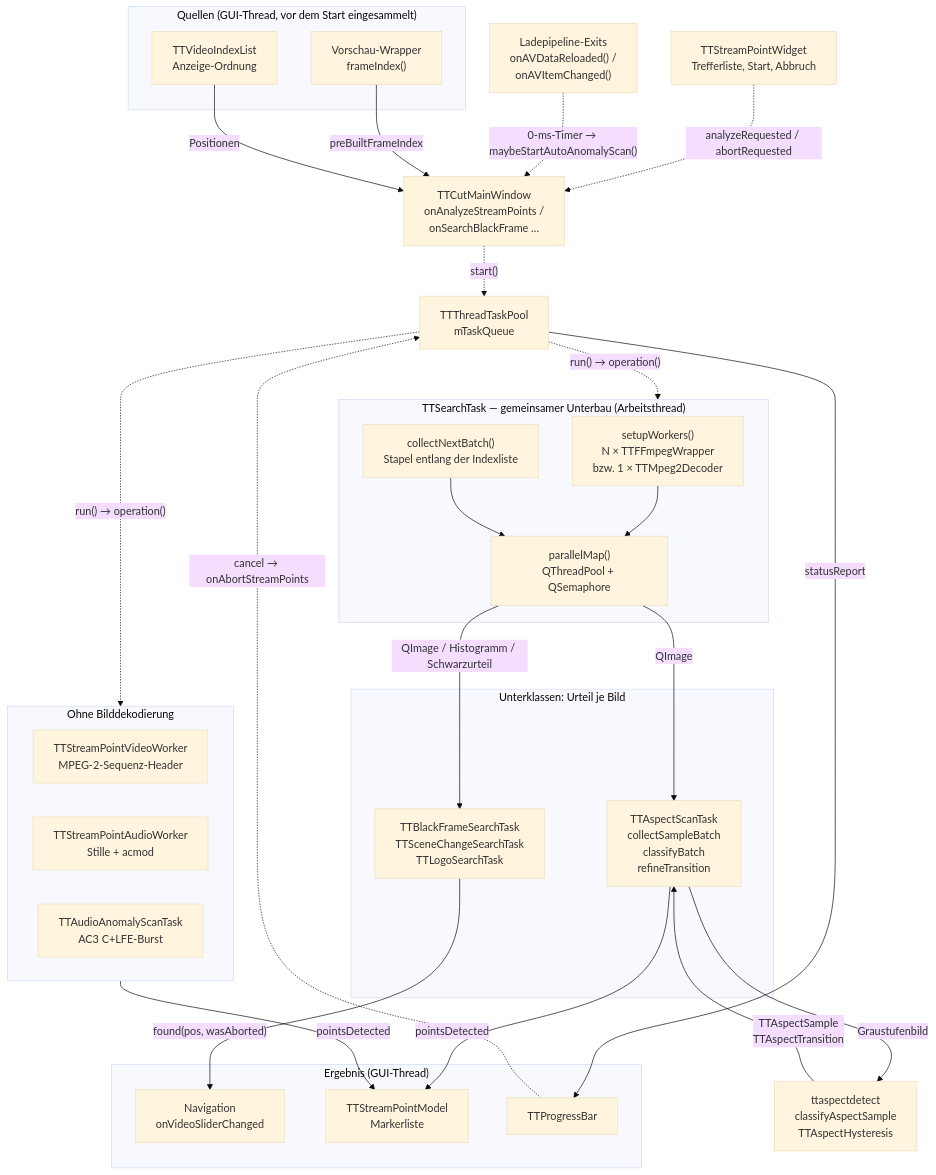
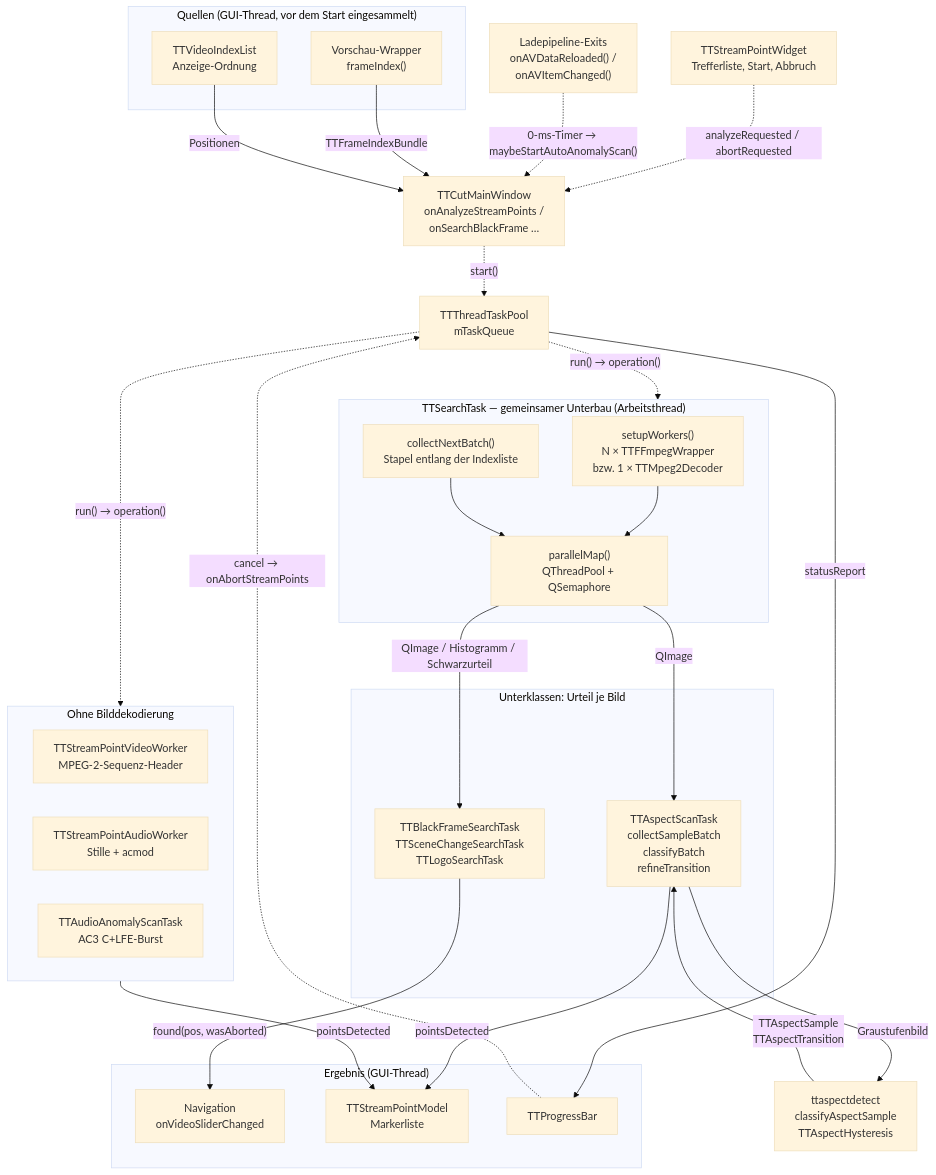
The diagram in docs/code-map/detection-and-search.md (MINIXJR/TTCut-ng), drawn with Mermaid (base theme) before and after one commit. The commit also changed other lines of this file and 5 other files, not shown here.

````diff
--- a/docs/code-map/detection-and-search.md
+++ b/docs/code-map/detection-and-search.md
@@ -99,58 +100,58 @@
 ```mermaid
 flowchart TB
     subgraph SRC["Quellen (GUI-Thread, vor dem Start eingesammelt)"]
         PREV["Vorschau-Wrapper<br/>frameIndex()"]
         IDX["TTVideoIndexList<br/>Anzeige-Ordnung"]
     end
 
     LOADEXIT["Ladepipeline-Exits<br/>onAVDataReloaded() /<br/>onAVItemChanged()"]
     MW["TTCutMainWindow<br/>onAnalyzeStreamPoints /<br/>onSearchBlackFrame …"]
     WIDGET["TTStreamPointWidget<br/>Trefferliste, Start, Abbruch"]
     POOLQ["TTThreadTaskPool<br/>mTaskQueue"]
 
     subgraph BASE["TTSearchTask — gemeinsamer Unterbau (Arbeitsthread)"]
         SETUP["setupWorkers()<br/>N × TTFFmpegWrapper<br/>bzw. 1 × TTMpeg2Decoder"]
         BATCH["collectNextBatch()<br/>Stapel entlang der Indexliste"]
         PMAP["parallelMap()<br/>QThreadPool + QSemaphore"]
     end
 
     subgraph TASKS["Unterklassen: Urteil je Bild"]
         DIRT["TTBlackFrameSearchTask<br/>TTSceneChangeSearchTask<br/>TTLogoSearchTask"]
         ASPECT["TTAspectScanTask<br/>collectSampleBatch<br/>classifyBatch<br/>refineTransition"]
     end
 
     PURE["ttaspectdetect<br/>classifyAspectSample<br/>TTAspectHysteresis"]
 
     subgraph NODEC["Ohne Bilddekodierung"]
         VWORK["TTStreamPointVideoWorker<br/>MPEG-2-Sequenz-Header"]
         AWORK["TTStreamPointAudioWorker<br/>Stille + acmod"]
         ANOMALY["TTAudioAnomalyScanTask<br/>AC3 C+LFE-Burst"]
     end
 
     subgraph OUT["Ergebnis (GUI-Thread)"]
         NAV["Navigation<br/>onVideoSliderChanged"]
         MODEL["TTStreamPointModel<br/>Markerliste"]
         BAR["TTProgressBar"]
     end
 
     WIDGET -. "analyzeRequested / abortRequested" .-> MW
     LOADEXIT -. "0-ms-Timer → maybeStartAutoAnomalyScan()" .-> MW
-    PREV -- "preBuiltFrameIndex" --> MW
+    PREV -- "TTFrameIndexBundle" --> MW
     IDX -- "Positionen" --> MW
     MW -. "start()" .-> POOLQ
     POOLQ -. "run() → operation()" .-> BASE
     POOLQ -. "run() → operation()" .-> NODEC
 
     SETUP --> PMAP
     BATCH --> PMAP
     PMAP -- "QImage / Histogramm / Schwarzurteil" --> DIRT
     PMAP -- "QImage" --> ASPECT
     ASPECT -- "Graustufenbild" --> PURE
     PURE -- "TTAspectSample<br/>TTAspectTransition" --> ASPECT
 
     DIRT -- "found(pos, wasAborted)" --> NAV
     ASPECT -- "pointsDetected" --> MODEL
     NODEC -- "pointsDetected" --> MODEL
     POOLQ -- "statusReport" --> BAR
     BAR -. "cancel → onAbortStreamPoints" .-> POOLQ
 ```
````
